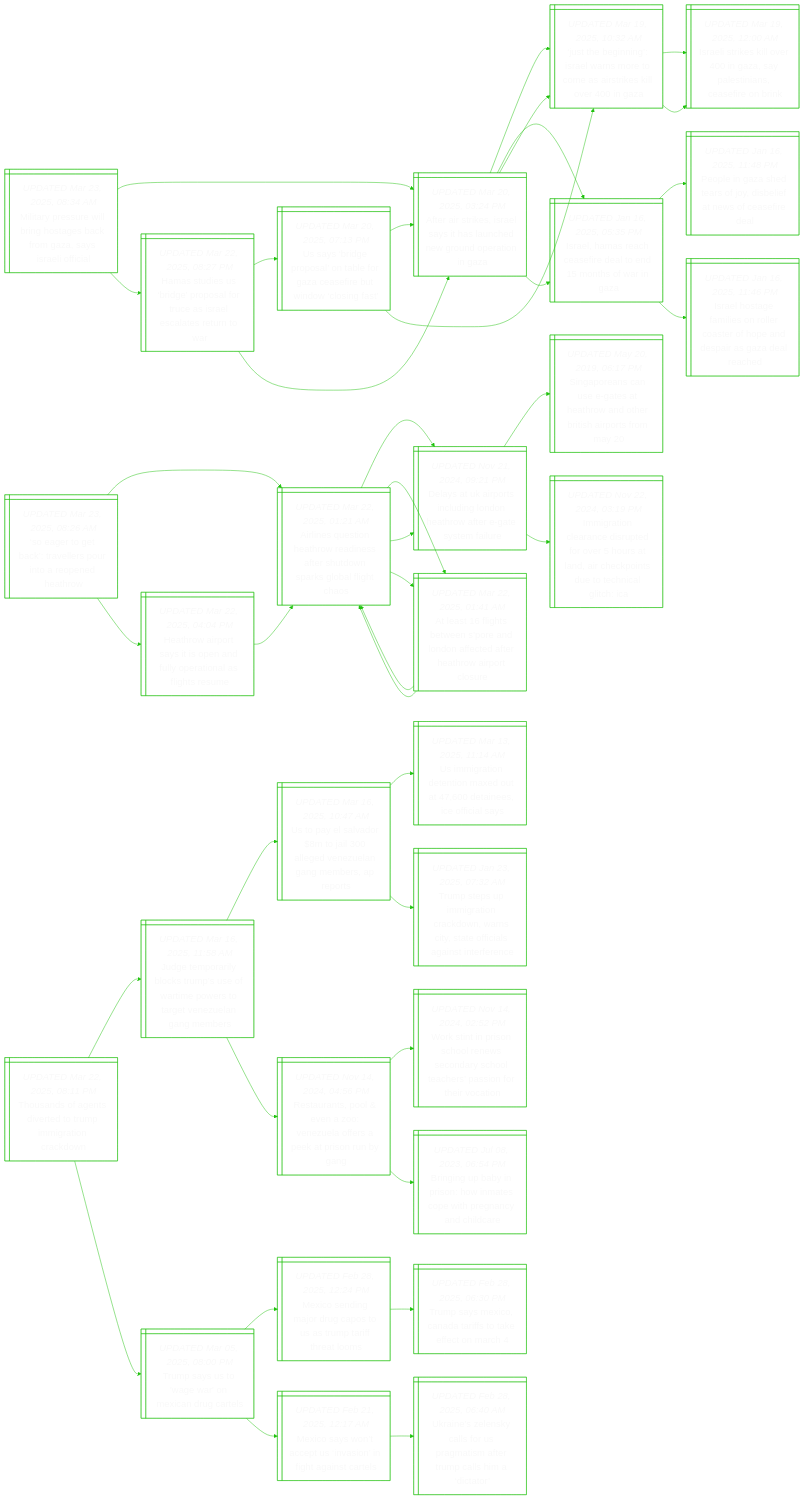
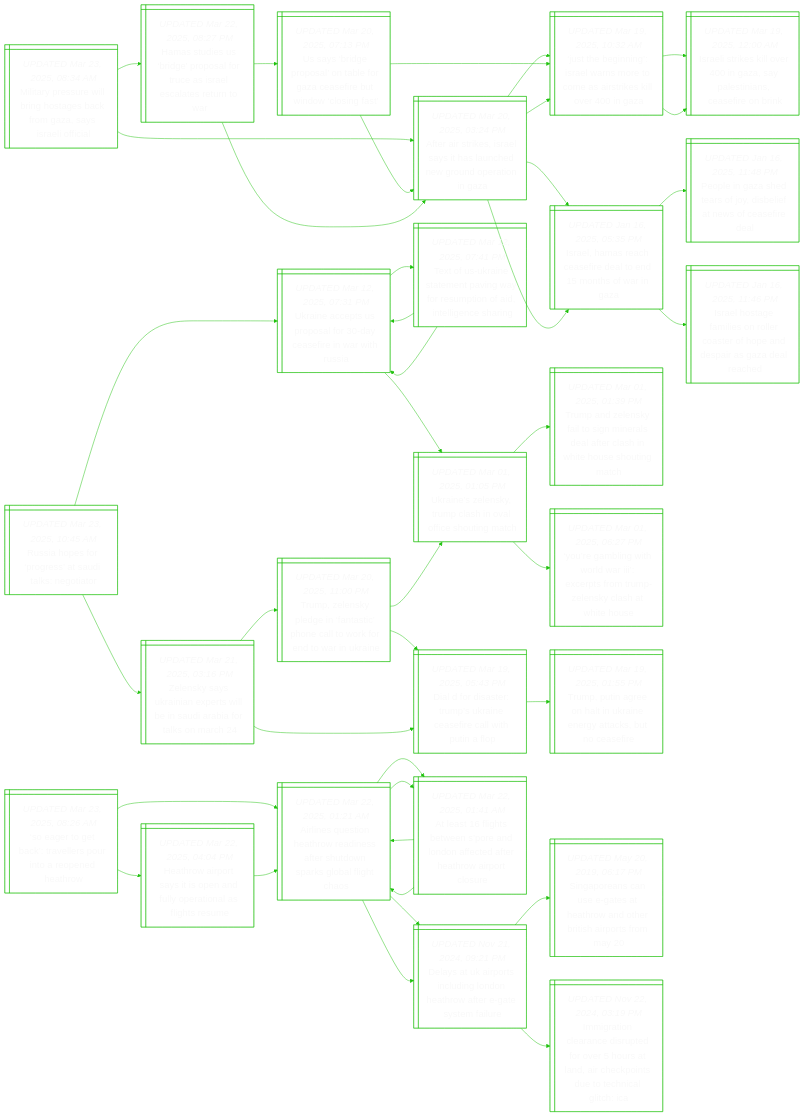
Before and after one commit to notJmes/notJmes: the diagram in README.md, drawn with Mermaid. The commit also changed other lines of this file, not shown here.

````diff
--- a/README.md
+++ b/README.md
@@ -62,6 +62,49 @@
 AarIlilhwnrnz:::txtsize --> Jhigenemiiiea:::txtsize
 AarIlilhwnrnz:::txtsize --> Ilshedoooia:::txtsize
 
+Rasrsaaea@{ shape: win-pane, label: "_UPDATED Mar 23, 2025, 10:45 AM_
+Russia hopes for ‘progress’ at saudi talks: negotiator" }
+UneSoocfnis@{ shape: win-pane, label: "_UPDATED Mar 12, 2025, 07:31 PM_
+Ukraine accepts us proposal for 30-day ceasefire in war with russia" }
+Unlyphaiogh@{ shape: win-pane, label: "_UPDATED Mar 01, 2025, 01:05 PM_
+Ukraine’s zelensky, trump clash in oval office shouting match" }
+TalytnretaWHsit@{ shape: win-pane, label: "_UPDATED Mar 01, 2025, 01:39 PM_
+Trump and zelensky fail to sign minerals deal after clash in white house shouting match" }
+YgitlIcsTZsaWH@{ shape: win-pane, label: "_UPDATED Mar 01, 2025, 06:27 PM_
+‘you’re gambling with world war iii’: excerpts from trump-zelensky clash at white house" }
+Tfrsmawrmndlna@{ shape: win-pane, label: "_UPDATED Mar 12, 2025, 07:41 PM_
+Text of us-ukraine statement paving way for resumption of aid, intelligence sharing" }
+UneSoocfnis@{ shape: win-pane, label: "_UPDATED Mar 12, 2025, 07:31 PM_
+Ukraine accepts us proposal for 30-day ceasefire in war with russia" }
+UneSoocfnis@{ shape: win-pane, label: "_UPDATED Mar 12, 2025, 07:31 PM_
+Ukraine accepts us proposal for 30-day ceasefire in war with russia" }
+Zsyanrlniitoc@{ shape: win-pane, label: "_UPDATED Mar 21, 2025, 03:16 PM_
+Zelensky says ukrainian experts will be in saudi arabia for talks on march 24" }
+TZsenapcofdrr@{ shape: win-pane, label: "_UPDATED Mar 20, 2025, 11:00 PM_
+Trump, zelensky pledge in ‘fantastic’ phone call to work for end to war in ukraine" }
+Unlyphaiogh@{ shape: win-pane, label: "_UPDATED Mar 01, 2025, 01:05 PM_
+Ukraine’s zelensky, trump clash in oval office shouting match" }
+Dfsrpaeilhnp@{ shape: win-pane, label: "_UPDATED Mar 19, 2025, 05:43 PM_
+Dial d for disaster: trump’s ukraine ceasefire call with putin a flop" }
+Dfsrpaeilhnp@{ shape: win-pane, label: "_UPDATED Mar 19, 2025, 05:43 PM_
+Dial d for disaster: trump’s ukraine ceasefire call with putin a flop" }
+TPaotreyctar@{ shape: win-pane, label: "_UPDATED Mar 19, 2025, 01:55 PM_
+Trump, putin agree on halt in ukraine energy attacks, but no ceasefire" }
+
+Rasrsaaea:::txtsize --> UneSoocfnis:::txtsize
+UneSoocfnis:::txtsize --> Unlyphaiogh:::txtsize
+Unlyphaiogh:::txtsize --> TalytnretaWHsit:::txtsize
+Unlyphaiogh:::txtsize --> YgitlIcsTZsaWH:::txtsize
+UneSoocfnis:::txtsize --> Tfrsmawrmndlna:::txtsize
+Tfrsmawrmndlna:::txtsize --> UneSoocfnis:::txtsize
+Tfrsmawrmndlna:::txtsize --> UneSoocfnis:::txtsize
+Rasrsaaea:::txtsize --> Zsyanrlniitoc:::txtsize
+Zsyanrlniitoc:::txtsize --> TZsenapcofdrr:::txtsize
+TZsenapcofdrr:::txtsize --> Unlyphaiogh:::txtsize
+TZsenapcofdrr:::txtsize --> Dfsrpaeilhnp:::txtsize
+Zsyanrlniitoc:::txtsize --> Dfsrpaeilhnp:::txtsize
+Dfsrpaeilhnp:::txtsize --> TPaotreyctar:::txtsize
+
 Seekesirnaw@{ shape: win-pane, label: "_UPDATED Mar 23, 2025, 08:26 AM_
 ‘so eager to get back’: travellers pour into a reopened heathrow" }
 Anenheetunkbih@{ shape: win-pane, label: "_UPDATED Mar 22, 2025, 01:21 AM_
@@ -99,44 +142,4 @@
 Anenheetunkbih:::txtsize --> Dsarcndawreel:::txtsize
 Anenheetunkbih:::txtsize --> Asgeneoattawoo:::txtsize
 
-Taftetmiiaw@{ shape: win-pane, label: "_UPDATED Mar 22, 2025, 08:11 PM_
-Thousands of agents diverted to trump immigration crackdown" }
-Jtrykmerpsreeam@{ shape: win-pane, label: "_UPDATED Mar 16, 2025, 11:58 AM_
-Judge temporarily blocks trump’s use of wartime powers to target venezuelan gang members" }
-Uaaojldznmres@{ shape: win-pane, label: "_UPDATED Mar 16, 2025, 10:47 AM_
-Us to pay el salvador $8m to jail 300 alleged venezuelan gang members, ap reports" }
-Uiitoeaasfas@{ shape: win-pane, label: "_UPDATED Mar 13, 2025, 11:14 AM_
-Us immigration detention maxed out at 47,600 detainees, ice official says" }
-Tsuiiawnyecasee@{ shape: win-pane, label: "_UPDATED Jan 23, 2025, 07:32 AM_
-Trump steps up immigration crackdown, warns city, state officials against interference" }
-Ruseznleepny@{ shape: win-pane, label: "_UPDATED Nov 14, 2024, 04:56 PM_
-Restaurants, pool & even a zoo: venezuela offers a peek at prison run by gang" }
-Wtnooneahersoia@{ shape: win-pane, label: "_UPDATED Nov 14, 2024, 02:52 PM_
-Work stint in prison school renews secondary school teachers’ passion for their vocation" }
-Bibnoieepanle@{ shape: win-pane, label: "_UPDATED Jul 08, 2023, 06:54 PM_
-Bringing up baby in prison: how inmates cope with pregnancy and childcare" }
-TsSgoirr@{ shape: win-pane, label: "_UPDATED Mar 05, 2025, 08:00 PM_
-Trump says us to 'wage war' on mexican drug cartels" }
-MoijuoSurhl@{ shape: win-pane, label: "_UPDATED Feb 28, 2025, 12:24 PM_
-Mexico sending major drug capos to us as trump tariff threat looms" }
-TseCaftfoc@{ shape: win-pane, label: "_UPDATED Feb 28, 2025, 06:30 PM_
-Trump says mexico, canada tariffs to take effect on march 4" }
-MowcUaihias@{ shape: win-pane, label: "_UPDATED Feb 21, 2025, 12:17 AM_
-Mexico says won’t accept us ‘invasion’ in fight against cartels" }
-UnlysSmmrpsdt@{ shape: win-pane, label: "_UPDATED Feb 28, 2025, 06:40 AM_
-Ukraine’s zelensky calls for us pragmatism after trump calls him a ‘dictator’" }
-
-Taftetmiiaw:::txtsize --> Jtrykmerpsreeam:::txtsize
-Jtrykmerpsreeam:::txtsize --> Uaaojldznmres:::txtsize
-Uaaojldznmres:::txtsize --> Uiitoeaasfas:::txtsize
-Uaaojldznmres:::txtsize --> Tsuiiawnyecasee:::txtsize
-Jtrykmerpsreeam:::txtsize --> Ruseznleepny:::txtsize
-Ruseznleepny:::txtsize --> Wtnooneahersoia:::txtsize
-Ruseznleepny:::txtsize --> Bibnoieepanle:::txtsize
-Taftetmiiaw:::txtsize --> TsSgoirr:::txtsize
-TsSgoirr:::txtsize --> MoijuoSurhl:::txtsize
-MoijuoSurhl:::txtsize --> TseCaftfoc:::txtsize
-TsSgoirr:::txtsize --> MowcUaihias:::txtsize
-MowcUaihias:::txtsize --> UnlysSmmrpsdt:::txtsize
-
 ```
````
